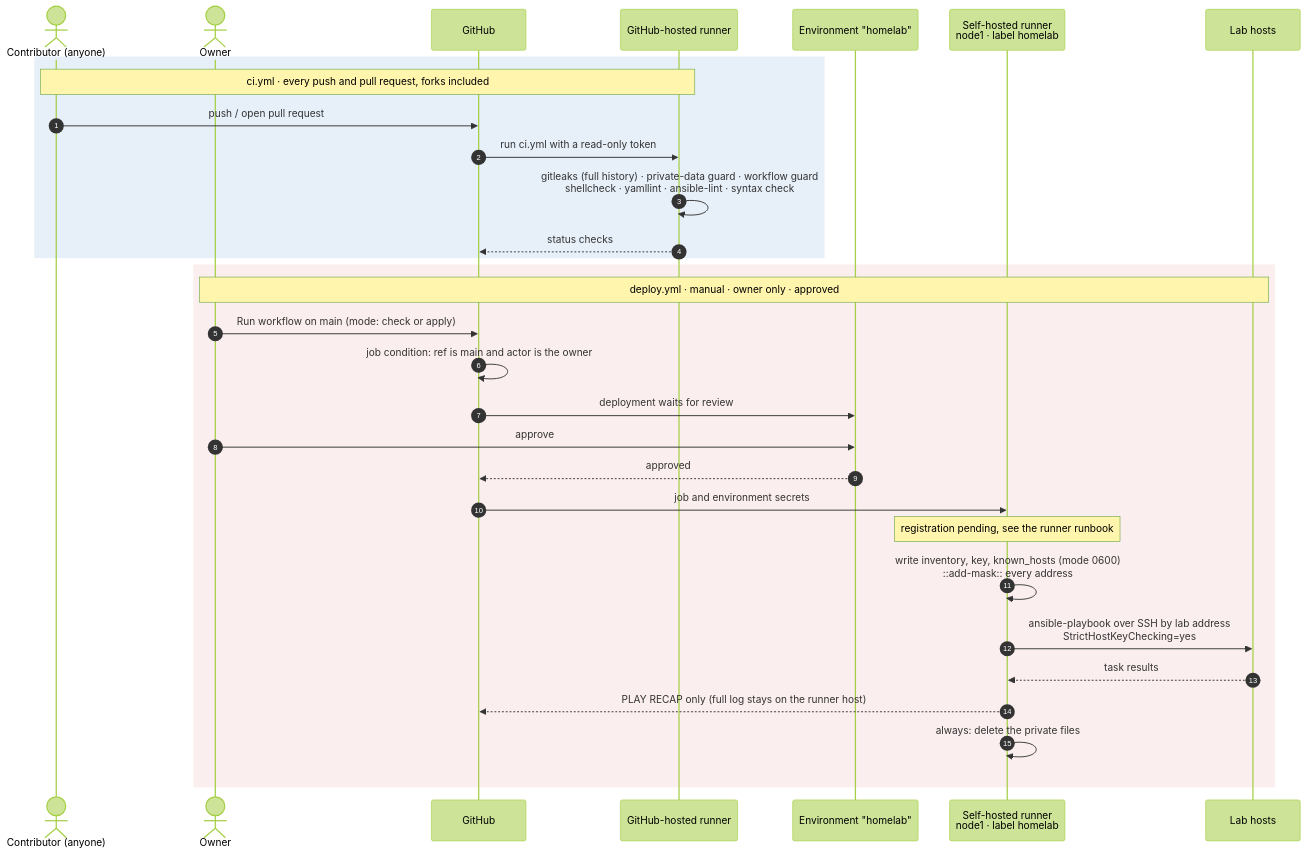
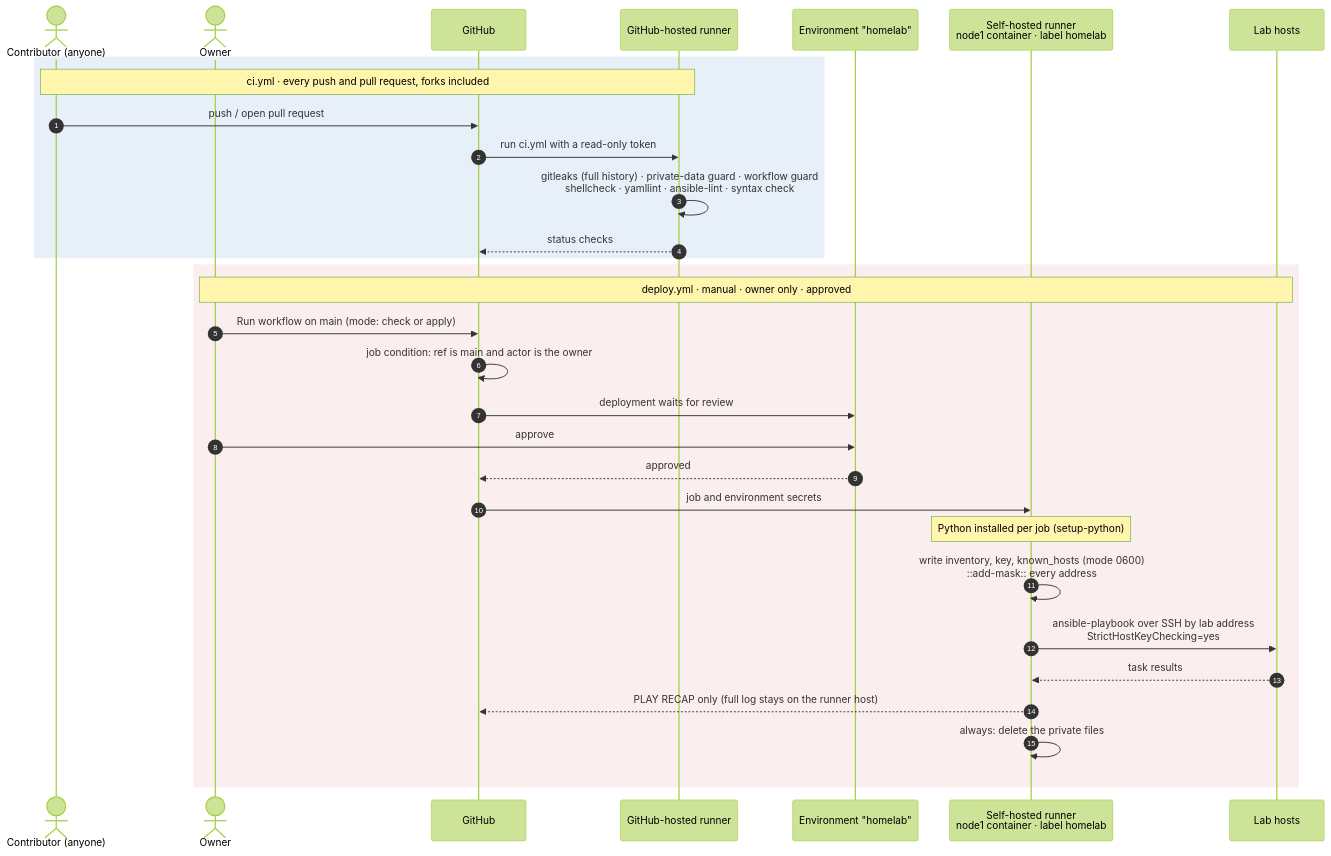
One commit to RyanMoore-phys/homelab-infra changed the diagram in docs/cicd.md. Above: the diagram before and after it, drawn with Mermaid (forest theme). The commit also changed other lines of this file and 5 other files, not shown here.

````diff
--- a/docs/cicd.md
+++ b/docs/cicd.md
@@ -5,35 +5,35 @@
 ```mermaid
 sequenceDiagram
     autonumber
     actor Dev as Contributor (anyone)
     actor Owner
     participant GH as GitHub
     participant Hosted as GitHub-hosted runner
     participant Env as Environment "homelab"
-    participant Runner as Self-hosted runner<br/>node1 · label homelab
+    participant Runner as Self-hosted runner<br/>node1 container · label homelab
     participant Lab as Lab hosts
 
     rect rgba(21, 101, 192, 0.10)
     Note over Dev,Hosted: ci.yml · every push and pull request, forks included
     Dev->>GH: push / open pull request
     GH->>Hosted: run ci.yml with a read-only token
     Hosted->>Hosted: gitleaks (full history) · private-data guard · workflow guard<br/>shellcheck · yamllint · ansible-lint · syntax check
     Hosted-->>GH: status checks
     end
 
     rect rgba(198, 40, 40, 0.08)
     Note over Owner,Lab: deploy.yml · manual · owner only · approved
     Owner->>GH: Run workflow on main (mode: check or apply)
     GH->>GH: job condition: ref is main and actor is the owner
     GH->>Env: deployment waits for review
     Owner->>Env: approve
     Env-->>GH: approved
     GH->>Runner: job and environment secrets
-    Note over Runner: registration pending, see the runner runbook
+    Note over Runner: Python installed per job (setup-python)
     Runner->>Runner: write inventory, key, known_hosts (mode 0600)<br/>::add-mask:: every address
     Runner->>Lab: ansible-playbook over SSH by lab address<br/>StrictHostKeyChecking=yes
     Lab-->>Runner: task results
     Runner-->>GH: PLAY RECAP only (full log stays on the runner host)
     Runner->>Runner: always: delete the private files
     end
 ```
````
